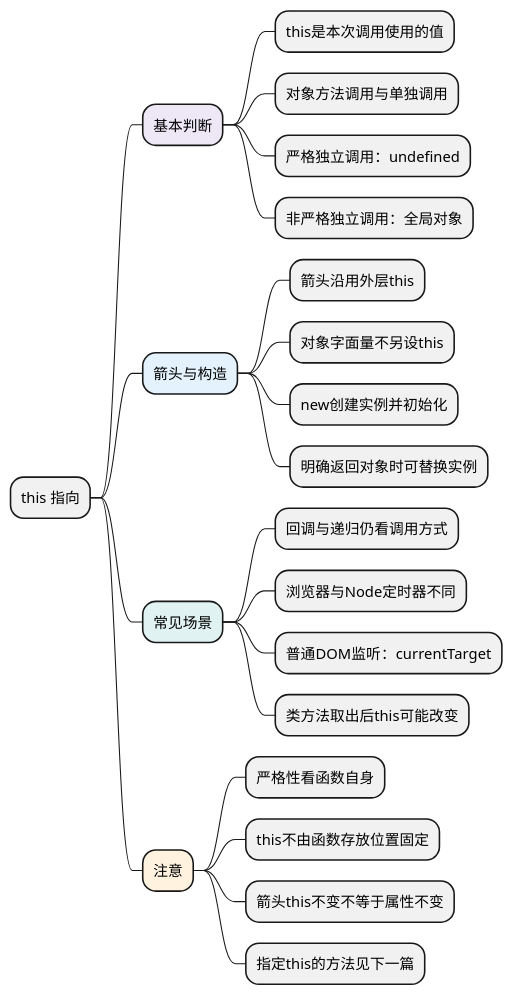
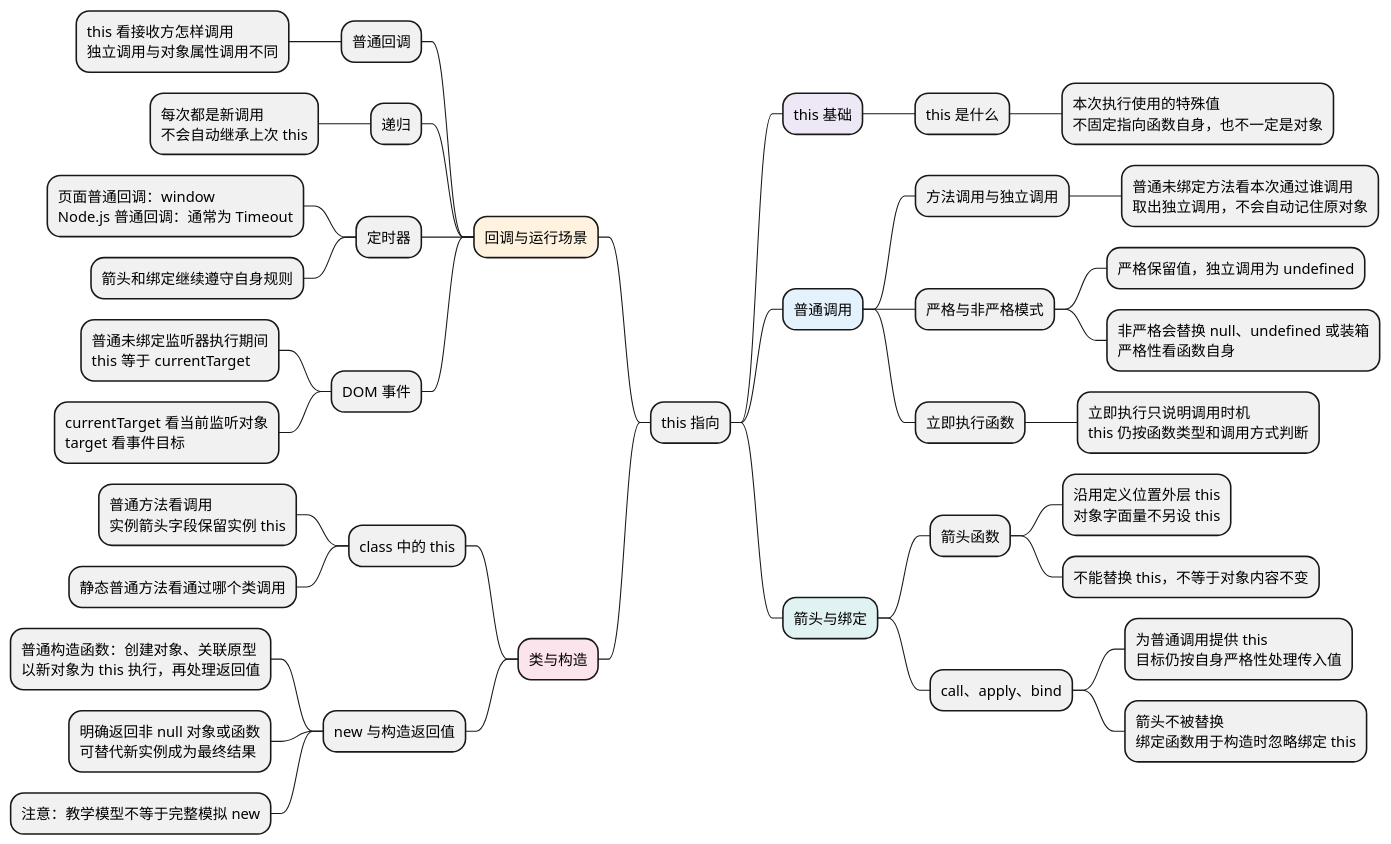
Before and after one commit to chenx18/JAVA: the diagram in docs/AI前端全栈教材/01_JavaScript/02_运行基础/examples/c06-mindmap.puml, drawn with PlantUML. The commit also changed 38 other files, not shown here.

Commit message:
docs: 补充 JavaScript 知识点导图与面试复习总结

```diff
--- a/docs/AI前端全栈教材/01_JavaScript/02_运行基础/examples/c06-mindmap.puml
+++ b/docs/AI前端全栈教材/01_JavaScript/02_运行基础/examples/c06-mindmap.puml
@@ -1,30 +1,47 @@
 @startmindmap
 skinparam defaultFontName Microsoft YaHei
 skinparam defaultFontSize 14
 skinparam dpi 100
 skinparam backgroundColor white
 skinparam shadowing false
 
 * this 指向
-**[#EDE7F6] 基本判断
-*** this是本次调用使用的值
-*** 对象方法调用与单独调用
-*** 严格独立调用：undefined
-*** 非严格独立调用：全局对象
-**[#E3F2FD] 箭头与构造
-*** 箭头沿用外层this
-*** 对象字面量不另设this
-*** new创建实例并初始化
-*** 明确返回对象时可替换实例
-**[#E0F2F1] 常见场景
-*** 回调与递归仍看调用方式
-*** 浏览器与Node定时器不同
-*** 普通DOM监听：currentTarget
-*** 类方法取出后this可能改变
-**[#FFF3E0] 注意
-*** 严格性看函数自身
-*** this不由函数存放位置固定
-*** 箭头this不变不等于属性不变
-*** 指定this的方法见下一篇
-
+**[#EDE7F6] this 基础
+*** this 是什么
+**** 本次执行使用的特殊值\n不固定指向函数自身，也不一定是对象
+**[#E3F2FD] 普通调用
+*** 方法调用与独立调用
+**** 普通未绑定方法看本次通过谁调用\n取出独立调用，不会自动记住原对象
+*** 严格与非严格模式
+**** 严格保留值，独立调用为 undefined
+**** 非严格会替换 null、undefined 或装箱\n严格性看函数自身
+*** 立即执行函数
+**** 立即执行只说明调用时机\nthis 仍按函数类型和调用方式判断
+**[#E0F2F1] 箭头与绑定
+*** 箭头函数
+**** 沿用定义位置外层 this\n对象字面量不另设 this
+**** 不能替换 this，不等于对象内容不变
+*** call、apply、bind
+**** 为普通调用提供 this\n目标仍按自身严格性处理传入值
+**** 箭头不被替换\n绑定函数用于构造时忽略绑定 this
+left side
+**[#FFF3E0] 回调与运行场景
+*** 普通回调
+**** this 看接收方怎样调用\n独立调用与对象属性调用不同
+*** 递归
+**** 每次都是新调用\n不会自动继承上次 this
+*** 定时器
+**** 页面普通回调：window\nNode.js 普通回调：通常为 Timeout
+**** 箭头和绑定继续遵守自身规则
+*** DOM 事件
+**** 普通未绑定监听器执行期间\nthis 等于 currentTarget
+**** currentTarget 看当前监听对象\ntarget 看事件目标
+**[#FCE4EC] 类与构造
+*** class 中的 this
+**** 普通方法看调用\n实例箭头字段保留实例 this
+**** 静态普通方法看通过哪个类调用
+*** new 与构造返回值
+**** 普通构造函数：创建对象、关联原型\n以新对象为 this 执行，再处理返回值
+**** 明确返回非 null 对象或函数\n可替代新实例成为最终结果
+**** 注意：教学模型不等于完整模拟 new
 @endmindmap
```
